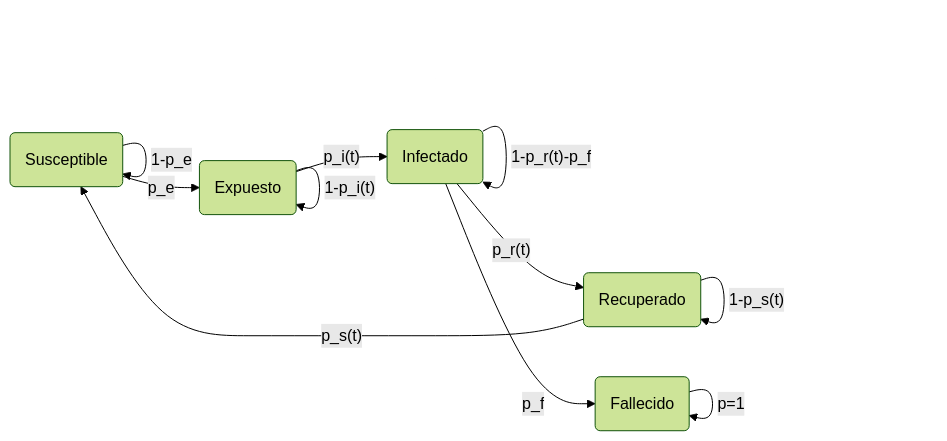
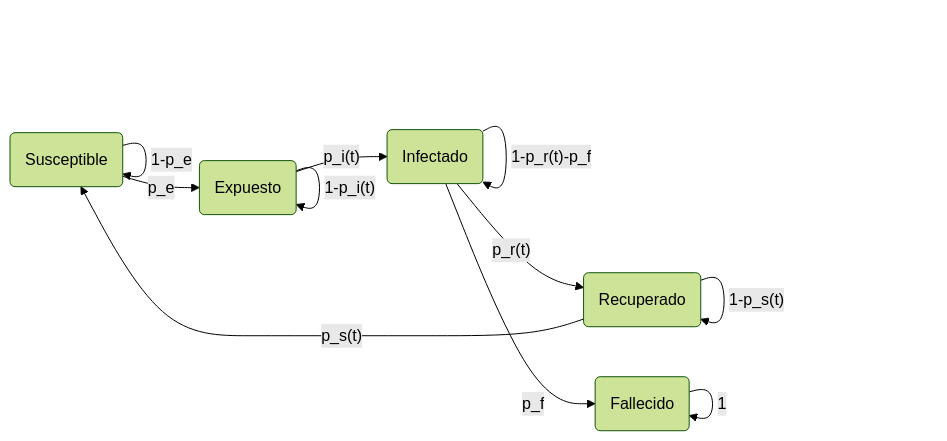
The second of 2 diagrams in README.md (jr2bg/covid19_SEIRSF), drawn with Mermaid (forest theme) before and after one commit. The commit also changed other lines of this file, not shown here.

````diff
--- a/README.md
+++ b/README.md
@@ -46,13 +48,13 @@
 ```mermaid
 graph LR
     S(Susceptible) --> |p_e|E(Expuesto)
     E --> |"p_i(t)"|I(Infectado)
     I --> |"p_r(t)"|R(Recuperado)
     I --> |p_f|F(Fallecido)
     R --> |"p_s(t)"| S
     S --> |1-p_e|S
     E --> |"1-p_i(t)"|E
     I --> |"1-p_r(t)-p_f"|I
-    F --> |p=1|F
+    F --> |1|F
     R --> |"1-p_s(t)"|R
 ```
````
